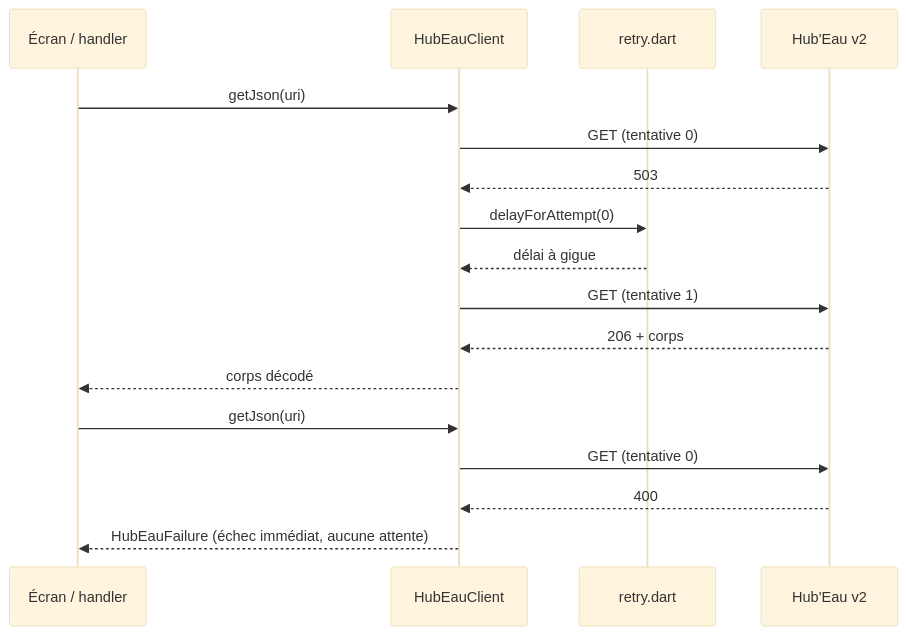
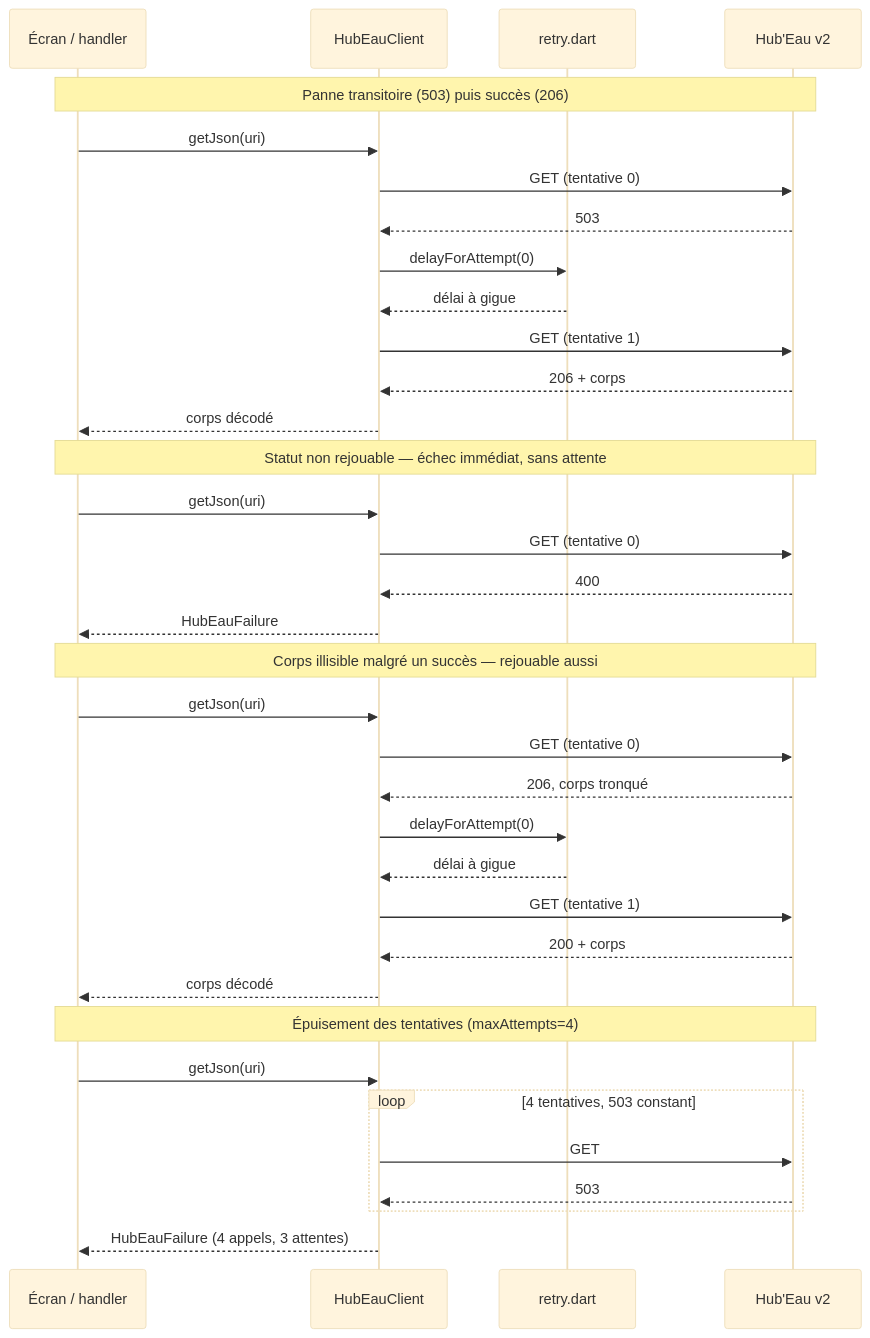
One commit to HubEauContrib/MartinPecheur changed the diagram in docs/sources/hubeau-hydrometrie.md. Above: the diagram before and after it, drawn with Mermaid (base theme). The commit also changed other lines of this file and 2 other files, not shown here.

Commit message:
fix(data): decoder le corps en UTF-8, rejouer les pannes TLS, borner maxAttempts et size
Relecture de N4 : sans Content-Type, response.body decode en latin1 et Pre-validee arrive corrompu jusqu a l ecran ; IOClient n enveloppe pas HandshakeException. Un client ferme ne se rejoue pas. Diagramme complete des trois pannes et de l epuisement.

````diff
--- a/docs/sources/hubeau-hydrometrie.md
+++ b/docs/sources/hubeau-hydrometrie.md
@@ -33,21 +40,37 @@
 ```mermaid
 sequenceDiagram
     participant Écran as Écran / handler
     participant Client as HubEauClient
     participant Retry as retry.dart
     participant API as Hub'Eau v2
-
+    Note over Écran,API: Panne transitoire (503) puis succès (206)
     Écran->>Client: getJson(uri)
     Client->>API: GET (tentative 0)
     API-->>Client: 503
     Client->>Retry: delayForAttempt(0)
     Retry-->>Client: délai à gigue
     Client->>API: GET (tentative 1)
     API-->>Client: 206 + corps
     Client-->>Écran: corps décodé
-
+    Note over Écran,API: Statut non rejouable — échec immédiat, sans attente
     Écran->>Client: getJson(uri)
     Client->>API: GET (tentative 0)
     API-->>Client: 400
-    Client-->>Écran: HubEauFailure (échec immédiat, aucune attente)
+    Client-->>Écran: HubEauFailure
+    Note over Écran,API: Corps illisible malgré un succès — rejouable aussi
+    Écran->>Client: getJson(uri)
+    Client->>API: GET (tentative 0)
+    API-->>Client: 206, corps tronqué
+    Client->>Retry: delayForAttempt(0)
+    Retry-->>Client: délai à gigue
+    Client->>API: GET (tentative 1)
+    API-->>Client: 200 + corps
+    Client-->>Écran: corps décodé
+    Note over Écran,API: Épuisement des tentatives (maxAttempts=4)
+    Écran->>Client: getJson(uri)
+    loop 4 tentatives, 503 constant
+        Client->>API: GET
+        API-->>Client: 503
+    end
+    Client-->>Écran: HubEauFailure (4 appels, 3 attentes)
 ```
````
